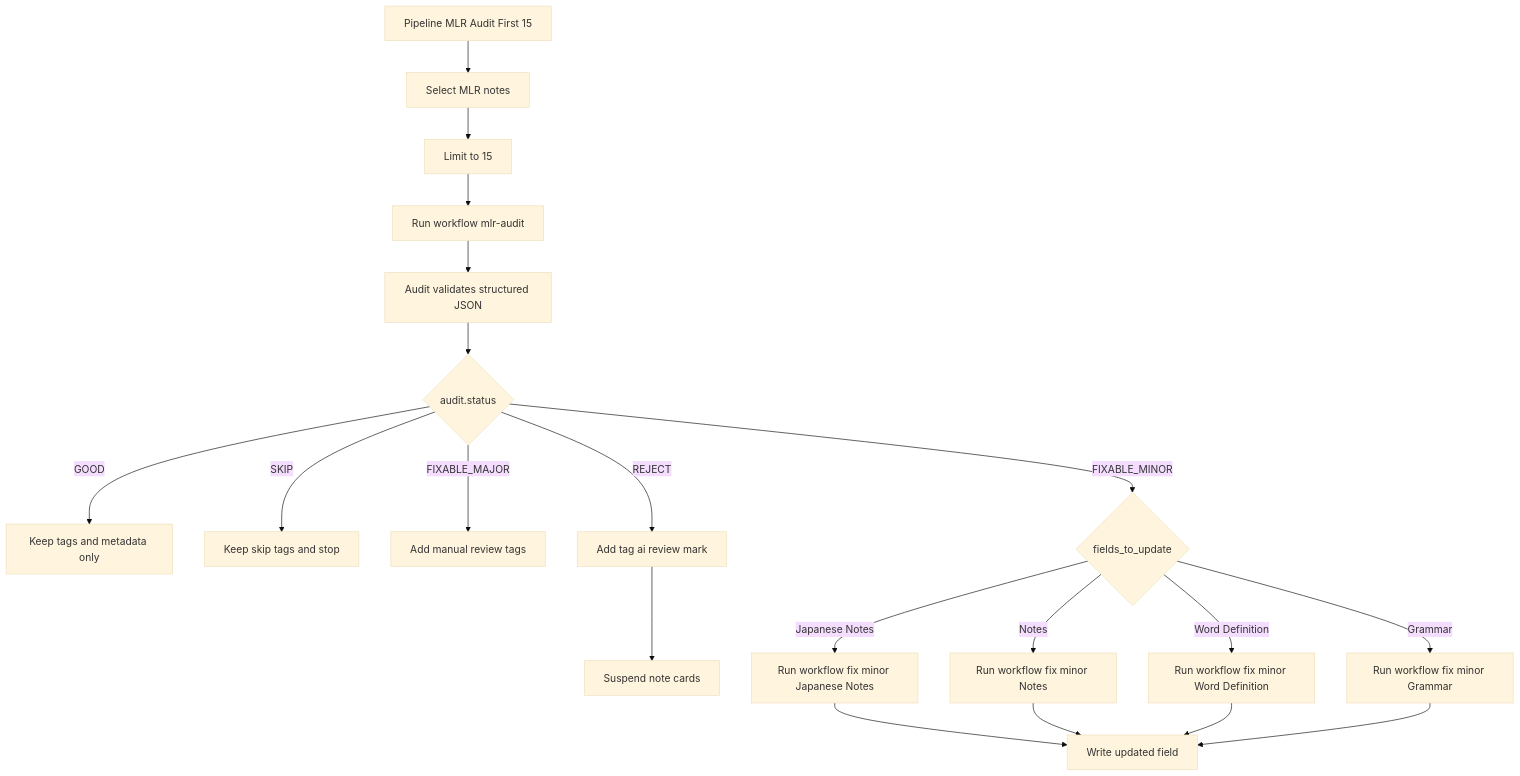
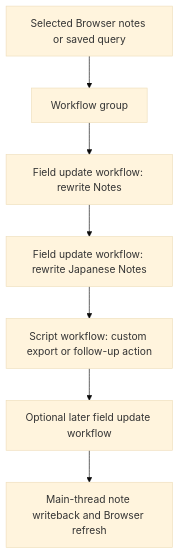
The diagram in docs/architecture/sample-user-audit-pipeline.md (moritzvitt/anki-ai-automation), drawn with Mermaid (base theme) before and after one commit. The commit also changed other lines of this file and 15 other files, not shown here.

Commit message:
Refresh docs and MLR user prompts

````diff
--- a/docs/architecture/sample-user-audit-pipeline.md
+++ b/docs/architecture/sample-user-audit-pipeline.md
@@ -24,26 +18,9 @@
 ```mermaid
 graph TD
-    A[Pipeline MLR Audit First 15] --> B[Select MLR notes]
-    B --> C[Limit to 15]
-    C --> D[Run workflow mlr-audit]
-    D --> E[Audit validates structured JSON]
-    E --> F{audit.status}
-
-    F -->|GOOD| G[Keep tags and metadata only]
-    F -->|SKIP| H[Keep skip tags and stop]
-    F -->|FIXABLE_MAJOR| I[Add manual review tags]
-    F -->|REJECT| J[Add tag ai review mark]
-    J --> K[Suspend note cards]
-    F -->|FIXABLE_MINOR| L{fields_to_update}
-
-    L -->|Japanese Notes| M[Run workflow fix minor Japanese Notes]
-    L -->|Notes| N[Run workflow fix minor Notes]
-    L -->|Word Definition| O[Run workflow fix minor Word Definition]
-    L -->|Grammar| P[Run workflow fix minor Grammar]
-
-    M --> Q[Write updated field]
-    N --> Q
-    O --> Q
-    P --> Q
-
+    A[Selected Browser notes or saved query] --> B[Workflow group]
+    B --> C[Field update workflow: rewrite Notes]
+    C --> D[Field update workflow: rewrite Japanese Notes]
+    D --> E[Script workflow: custom export or follow-up action]
+    E --> F[Optional later field update workflow]
+    F --> G[Main-thread note writeback and Browser refresh]
 ```
````
